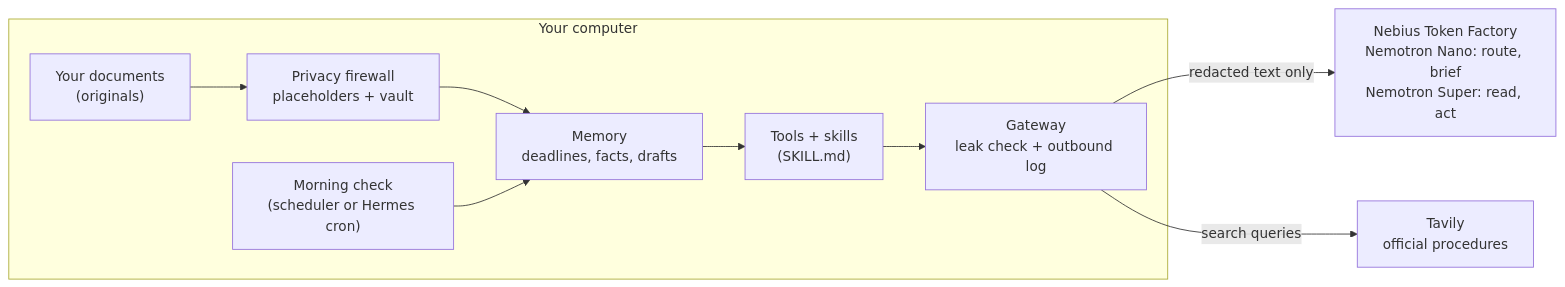
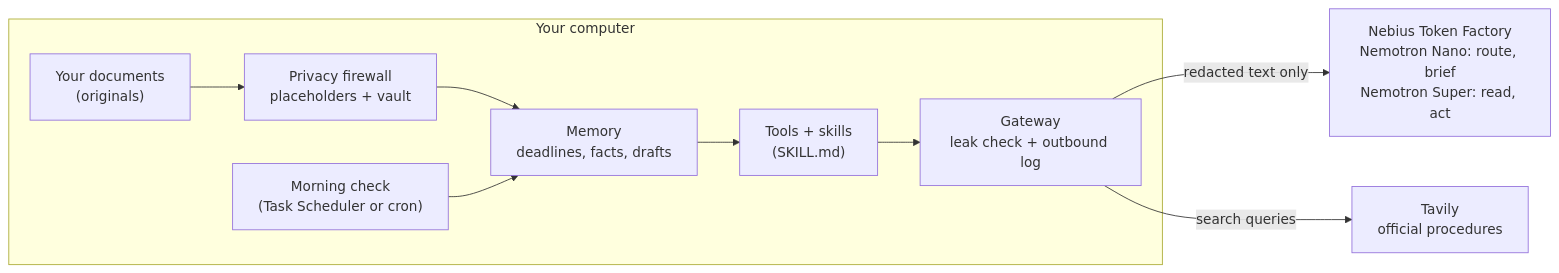
Before and after one commit to Rashed-Almasri5505/duly: the diagram in README.md, drawn with Mermaid. The commit also changed other lines of this file and 1 other file, not shown here.

First line of the commit message:
README: precise claims on dates, skill steps, links, recordings and Hermes

````diff
--- a/README.md
+++ b/README.md
@@ -47,12 +47,12 @@
 ```mermaid
 flowchart LR
   subgraph PC["Your computer"]
     D["Your documents<br/>(originals)"] --> F["Privacy firewall<br/>placeholders + vault"]
     F --> M["Memory<br/>deadlines, facts, drafts"]
     M --> T["Tools + skills<br/>(SKILL.md)"]
-    S["Morning check<br/>(scheduler or Hermes cron)"] --> M
+    S["Morning check<br/>(Task Scheduler or cron)"] --> M
     T --> G["Gateway<br/>leak check + outbound log"]
   end
   G -->|"redacted text only"| N["Nebius Token Factory<br/>Nemotron Nano: route, brief<br/>Nemotron Super: read, act"]
   G -->|"search queries"| V["Tavily<br/>official procedures"]
 ```
````
